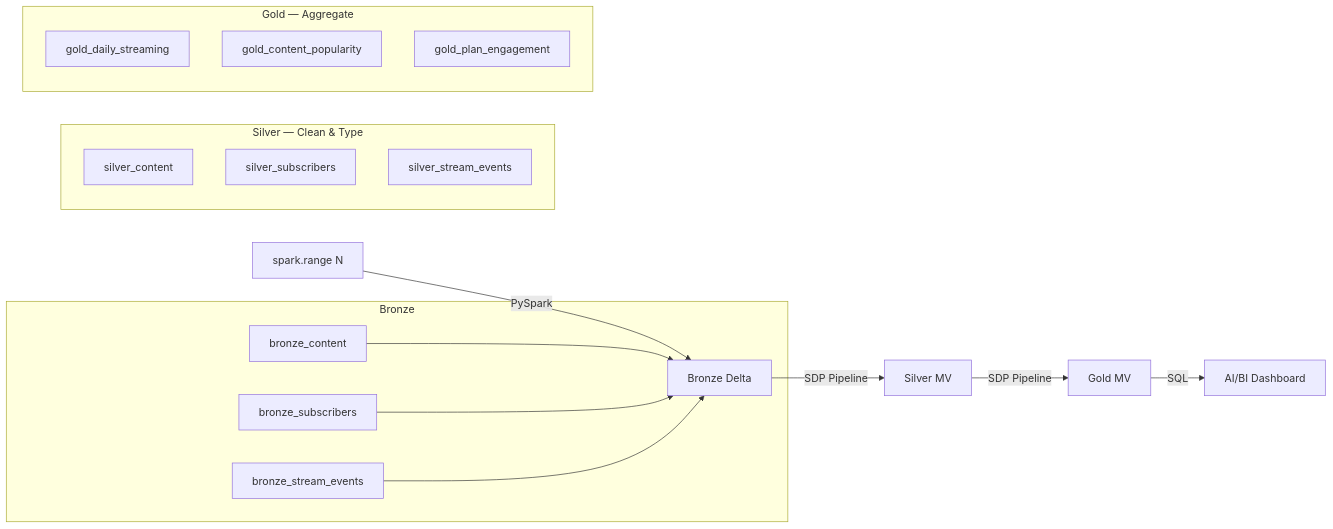
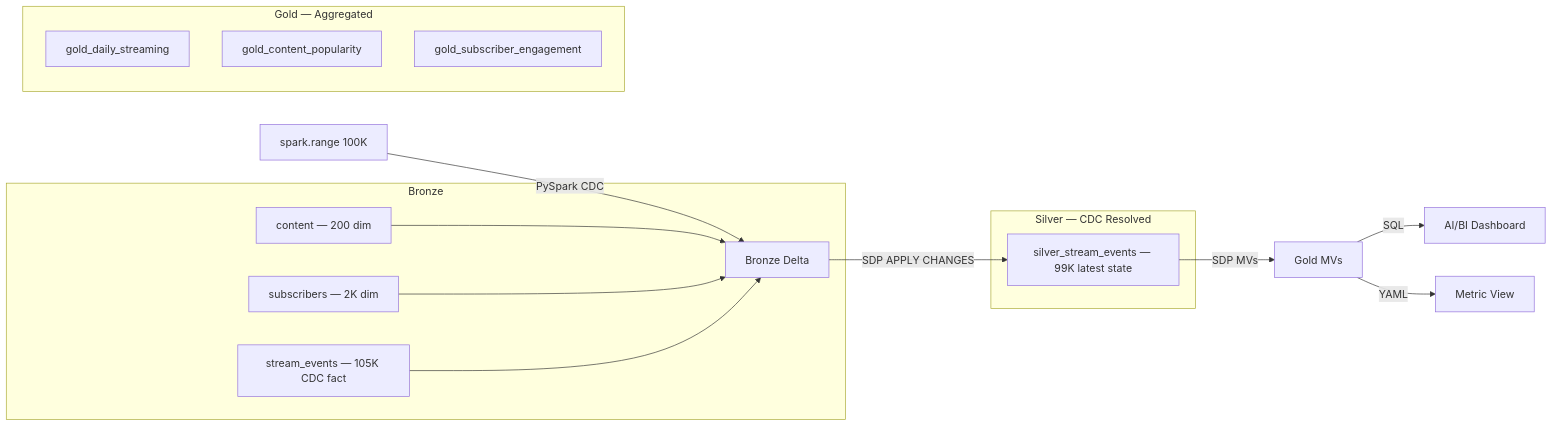
One commit to slysik/dbx-sa-build-demo-pitch changed the diagram in media_lakehouse/README.md. Above: the diagram before and after it, drawn with Mermaid. The commit also changed other lines of this file and 13 other files, not shown here.

First line of the commit message:
media_lakehouse: CDC pipeline complete — Bronze CDC, APPLY CHANGES Silver, Gold MVs, metric view, dashboard

````diff
--- a/media_lakehouse/README.md
+++ b/media_lakehouse/README.md
@@ -7,25 +7,24 @@
 ```mermaid
 graph LR
-    A[spark.range N] -->|PySpark| B[Bronze Delta]
-    B -->|SDP Pipeline| C[Silver MV]
-    C -->|SDP Pipeline| D[Gold MV]
+    A[spark.range 100K] -->|PySpark CDC| B[Bronze Delta]
+    B -->|SDP APPLY CHANGES| C[Silver ST]
+    C -->|SDP MVs| D[Gold MVs]
     D -->|SQL| E[AI/BI Dashboard]
+    D -->|YAML| F[Metric View]
 
     subgraph Bronze
-        B1[bronze_content] --> B
-        B2[bronze_subscribers] --> B
-        B3[bronze_stream_events] --> B
+        B1[content — 200 dim] --> B
+        B2[subscribers — 2K dim] --> B
+        B3[stream_events — 105K CDC fact] --> B
     end
 
-    subgraph "Silver — Clean & Type"
-        C1[silver_content]
-        C2[silver_subscribers]
-        C3[silver_stream_events]
+    subgraph "Silver — CDC Resolved"
+        C[silver_stream_events — 99K latest state]
     end
 
-    subgraph "Gold — Aggregate"
+    subgraph "Gold — Aggregated"
         D1[gold_daily_streaming]
         D2[gold_content_popularity]
-        D3[gold_plan_engagement]
+        D3[gold_subscriber_engagement]
     end
 ```
````
